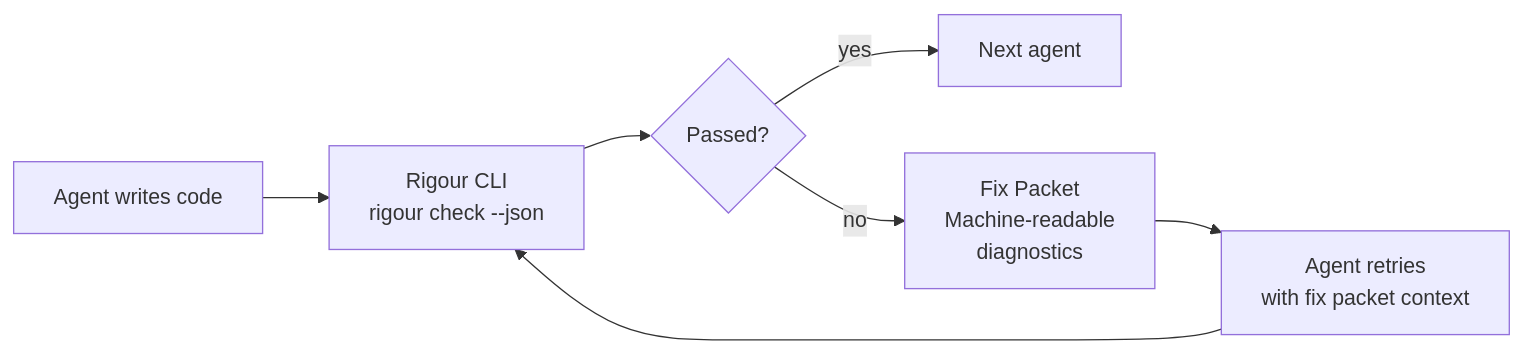
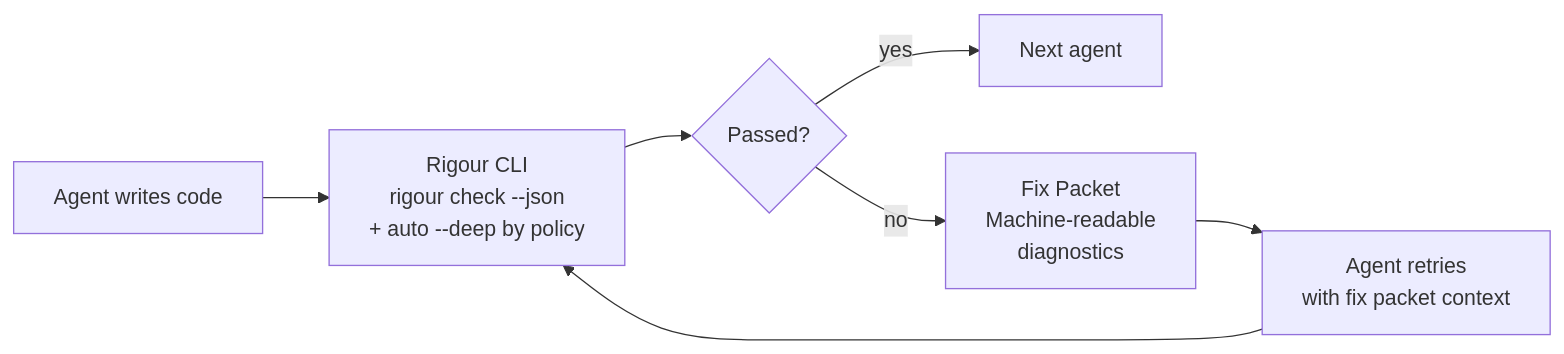
The seventh of 18 diagrams in README.md (rigovo/rigovo-virtual-team), drawn with Mermaid before and after one commit. The commit also changed other lines of this file and 12 other files, not shown here.

````diff
--- a/README.md
+++ b/README.md
@@ -530,9 +530,9 @@
 ```mermaid
 flowchart LR
-    CODE[Agent writes code] --> RIGOUR[Rigour CLI<br/>rigour check --json]
+    CODE[Agent writes code] --> RIGOUR[Rigour CLI<br/>rigour check --json<br/>+ auto --deep by policy]
     RIGOUR --> PASS{Passed?}
     PASS -->|yes| NEXT[Next agent]
     PASS -->|no| FP[Fix Packet<br/>Machine-readable<br/>diagnostics]
     FP --> RETRY[Agent retries<br/>with fix packet context]
     RETRY --> RIGOUR
 ```
````
